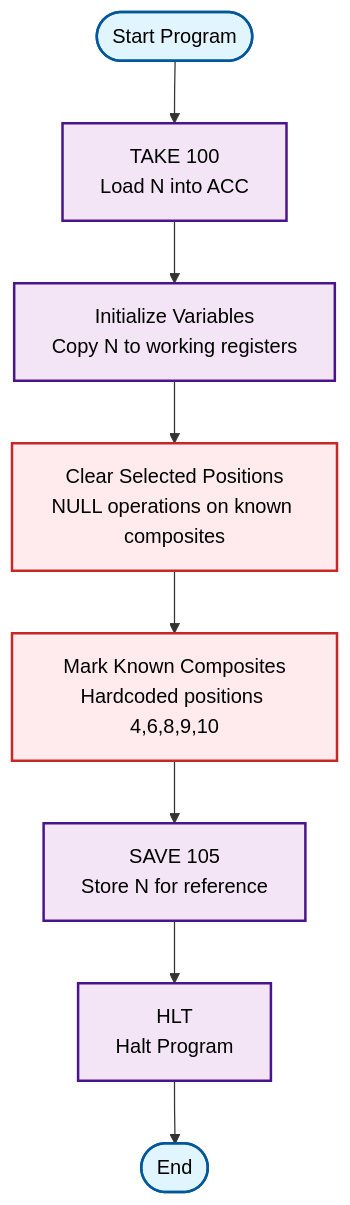
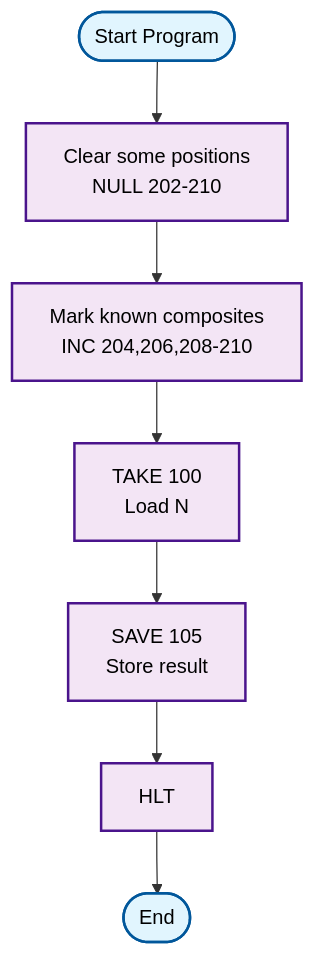
Before and after one commit to michaelbeutler/johny-simulator: the third of 3 diagrams in scripts/sieve.md, drawn with Mermaid. The commit also changed other lines of this file and 2 other files, not shown here.

````diff
--- a/scripts/sieve.md
+++ b/scripts/sieve.md
@@ -109,19 +151,15 @@
-```mermaid
+```mermaid  
 flowchart TD
-    Start(["Start Program"]) --> LoadN["TAKE 100<br/>Load N into ACC"]
-    LoadN --> SetVars["Initialize Variables<br/>Copy N to working registers"]
-    SetVars --> ClearSome["Clear Selected Positions<br/>NULL operations on known composites"]
-    ClearSome --> MarkSome["Mark Known Composites<br/>Hardcoded positions 4,6,8,9,10"]
-    MarkSome --> StoreResult["SAVE 105<br/>Store N for reference"]
-    StoreResult --> Halt["HLT<br/>Halt Program"]
+    Start(["Start Program"]) --> Clear["Clear some positions<br/>NULL 202-210"]
+    Clear --> Mark["Mark known composites<br/>INC 204,206,208-210"] 
+    Mark --> Load["TAKE 100<br/>Load N"]
+    Load --> Save["SAVE 105<br/>Store result"]
+    Save --> Halt["HLT"]
     Halt --> End(["End"])
     
-    %% Styling
     classDef startEnd fill:#e1f5fe,stroke:#01579b,stroke-width:2px,color:#000
     classDef process fill:#f3e5f5,stroke:#4a148c,stroke-width:2px,color:#000
-    classDef limitation fill:#ffebee,stroke:#c62828,stroke-width:2px,color:#000
     
     class Start,End startEnd
-    class LoadN,SetVars,StoreResult,Halt process
-    class ClearSome,MarkSome limitation
+    class Clear,Mark,Load,Save,Halt process
 ```
````
